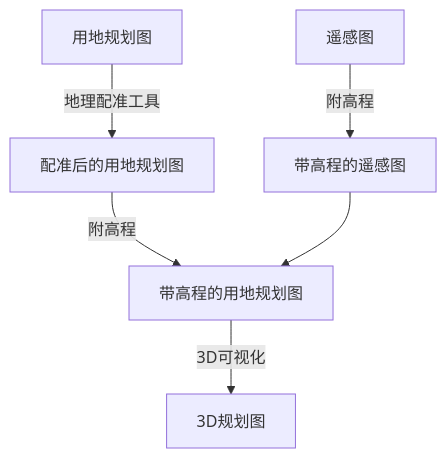
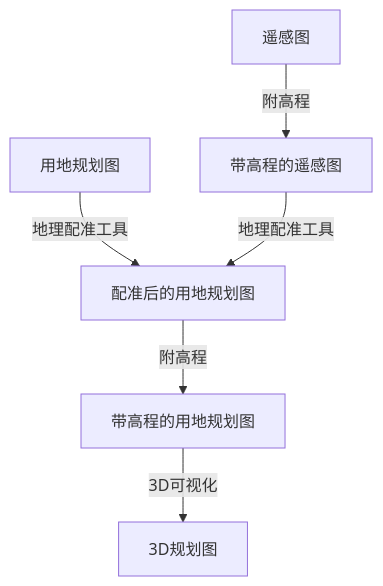
One commit to newguser/iodraw-files changed the diagram in all/未命名.md. Above: the diagram before and after it, drawn with Mermaid.

Commit message:
2025-02-27 21:46:36 update

````diff
--- a/all/未命名.md
+++ b/all/未命名.md
@@ -1,8 +1,8 @@
 ```mermaid
 graph TD
     A[遥感图] -->|附高程| B[带高程的遥感图]
     C[用地规划图] -->|地理配准工具| D[配准后的用地规划图]
     D -->|附高程| E[带高程的用地规划图]
-    B -->
+    B -->|地理配准工具| D[配准后的用地规划图]
     E -->|3D可视化| G[3D规划图]
 ```
````
